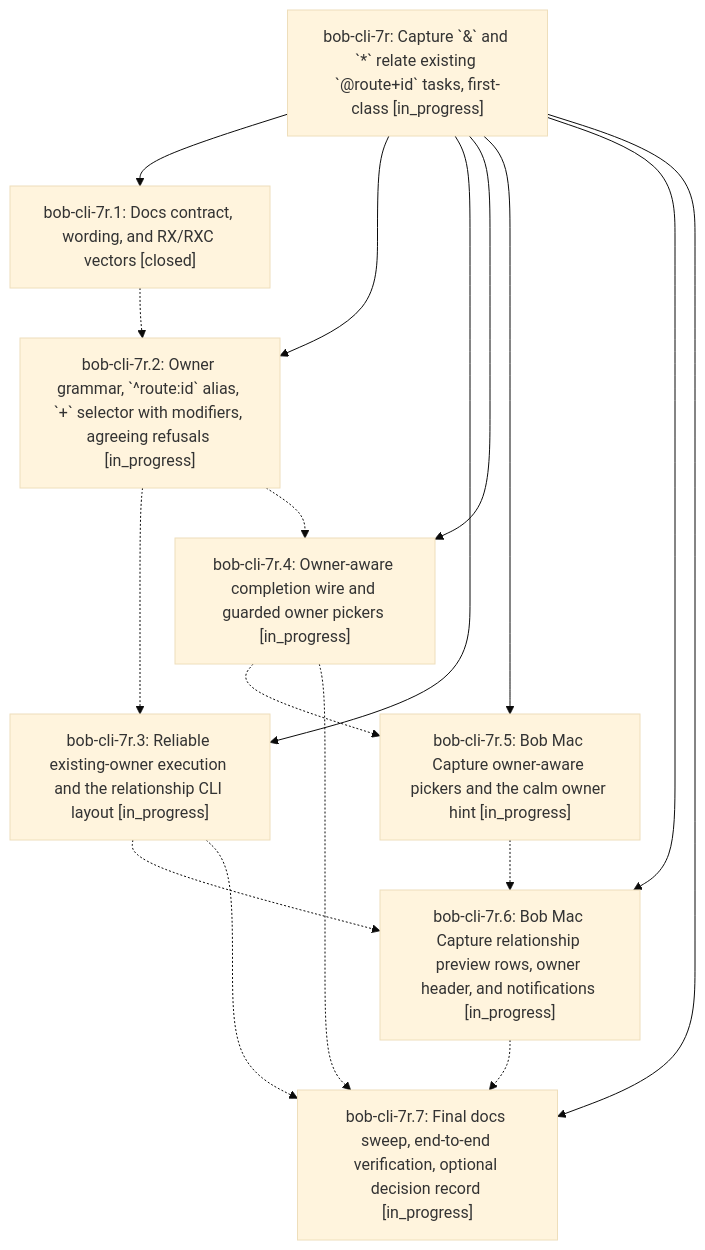
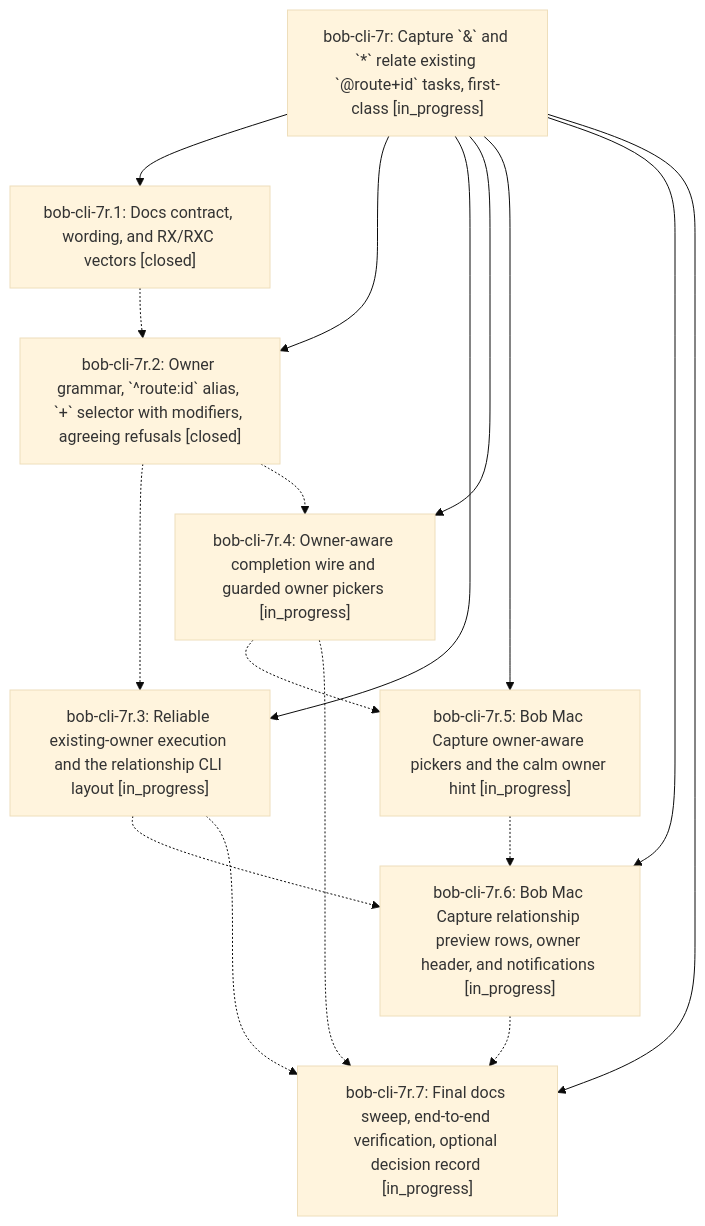
The diagram in pages/bob-cli-7r/README.md (bobs-org/bob-cli--beads), drawn with Mermaid (base theme) before and after one commit. The commit also changed other lines of this file and 4 other files, not shown here.

First line of the commit message:
chore(beads): sync bead state and pages for bob-cli-7r

````diff
--- a/pages/bob-cli-7r/README.md
+++ b/pages/bob-cli-7r/README.md
@@ -28,27 +40,27 @@
 ```mermaid
 flowchart TD
     n0["bob-cli-7r: Capture `&` and `*` relate existing `@route+id` tasks, first-class [in_progress]"]
     n1["bob-cli-7r.1: Docs contract, wording, and RX/RXC vectors [closed]"]
-    n2["bob-cli-7r.2: Owner grammar, `^route:id` alias, `+` selector with modifiers, agreeing refusals [in_progress]"]
+    n2["bob-cli-7r.2: Owner grammar, `^route:id` alias, `+` selector with modifiers, agreeing refusals [closed]"]
     n3["bob-cli-7r.3: Reliable existing-owner execution and the relationship CLI layout [in_progress]"]
     n4["bob-cli-7r.4: Owner-aware completion wire and guarded owner pickers [in_progress]"]
     n5["bob-cli-7r.5: Bob Mac Capture owner-aware pickers and the calm owner hint [in_progress]"]
     n6["bob-cli-7r.6: Bob Mac Capture relationship preview rows, owner header, and notifications [in_progress]"]
     n7["bob-cli-7r.7: Final docs sweep, end-to-end verification, optional decision record [in_progress]"]
     n0 --> n1
     n0 --> n2
     n0 --> n3
     n0 --> n4
     n0 --> n5
     n0 --> n6
     n0 --> n7
     n1 -.-> n2
     n2 -.-> n3
     n2 -.-> n4
     n3 -.-> n6
     n3 -.-> n7
     n4 -.-> n5
     n4 -.-> n7
     n5 -.-> n6
     n6 -.-> n7
 ```
````
